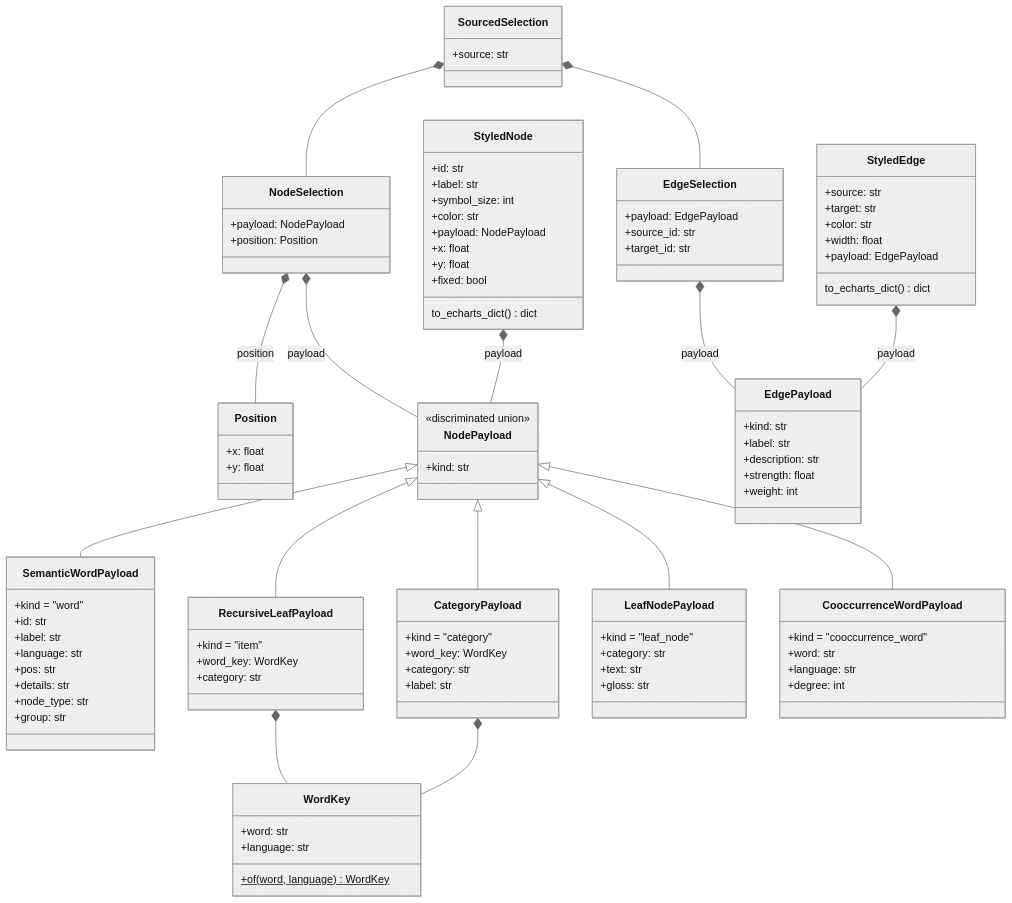
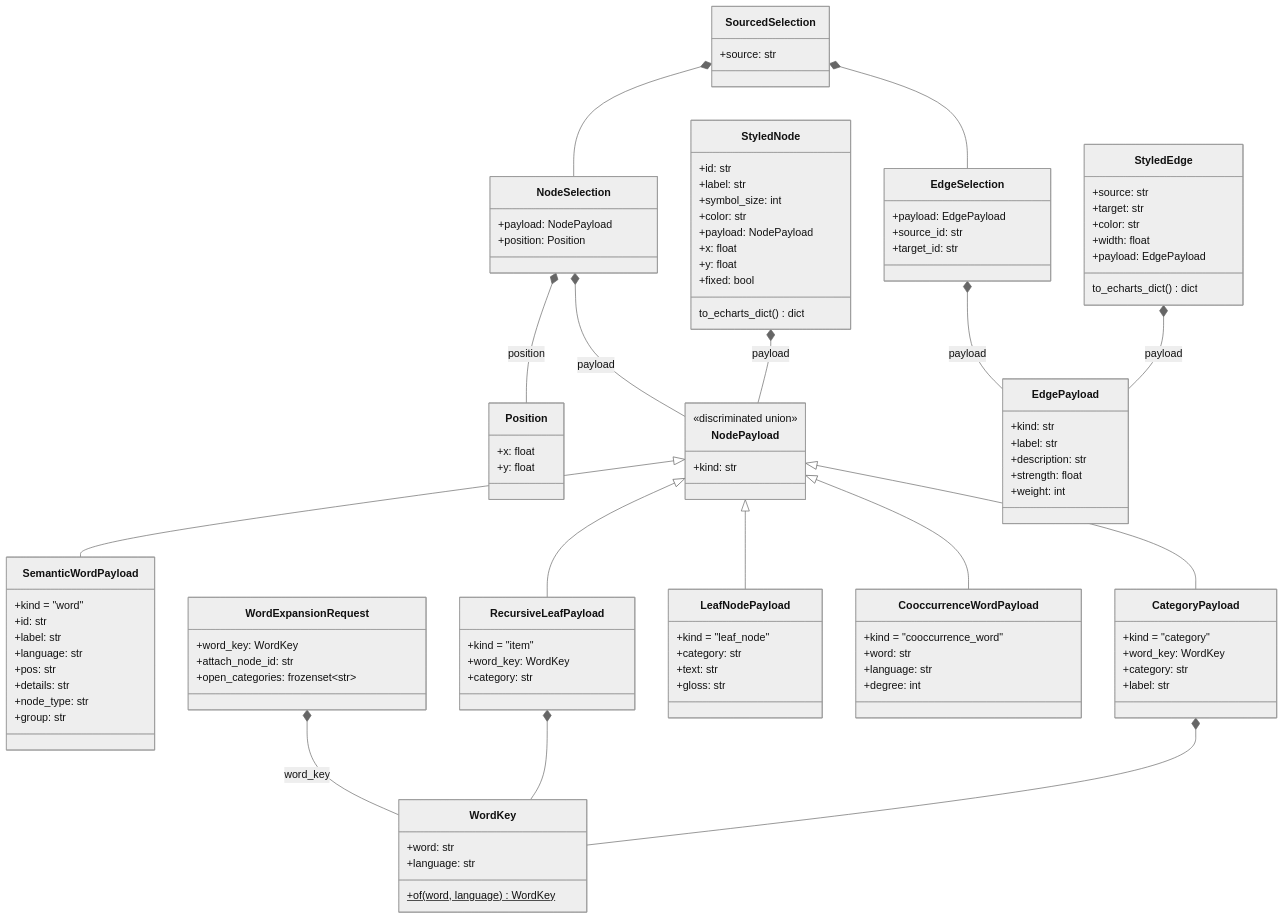
One commit to seanglynn/idiomapp_graph_web changed the diagram in docs/graph_data_model.md. Above: the diagram before and after it, drawn with Mermaid (neutral theme). The commit also changed other lines of this file and 7 other files, not shown here.

First line of the commit message:
Extract graph models into graph_models.py

````diff
--- a/docs/graph_data_model.md
+++ b/docs/graph_data_model.md
@@ -150,4 +156,11 @@
     EdgeSelection *-- EdgePayload : payload
     SourcedSelection *-- NodeSelection
     SourcedSelection *-- EdgeSelection
+
+    class WordExpansionRequest {
+      +word_key: WordKey
+      +attach_node_id: str
+      +open_categories: frozenset~str~
+    }
+    WordExpansionRequest *-- WordKey : word_key
 ```
````
